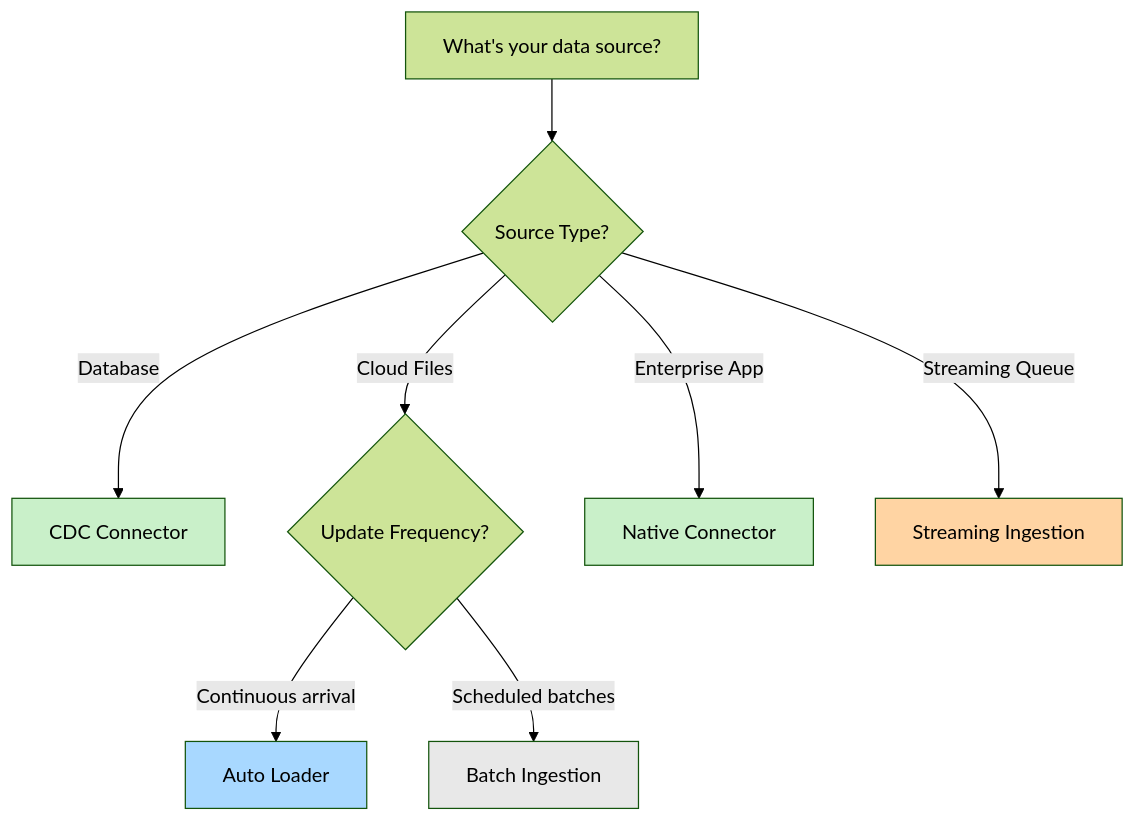
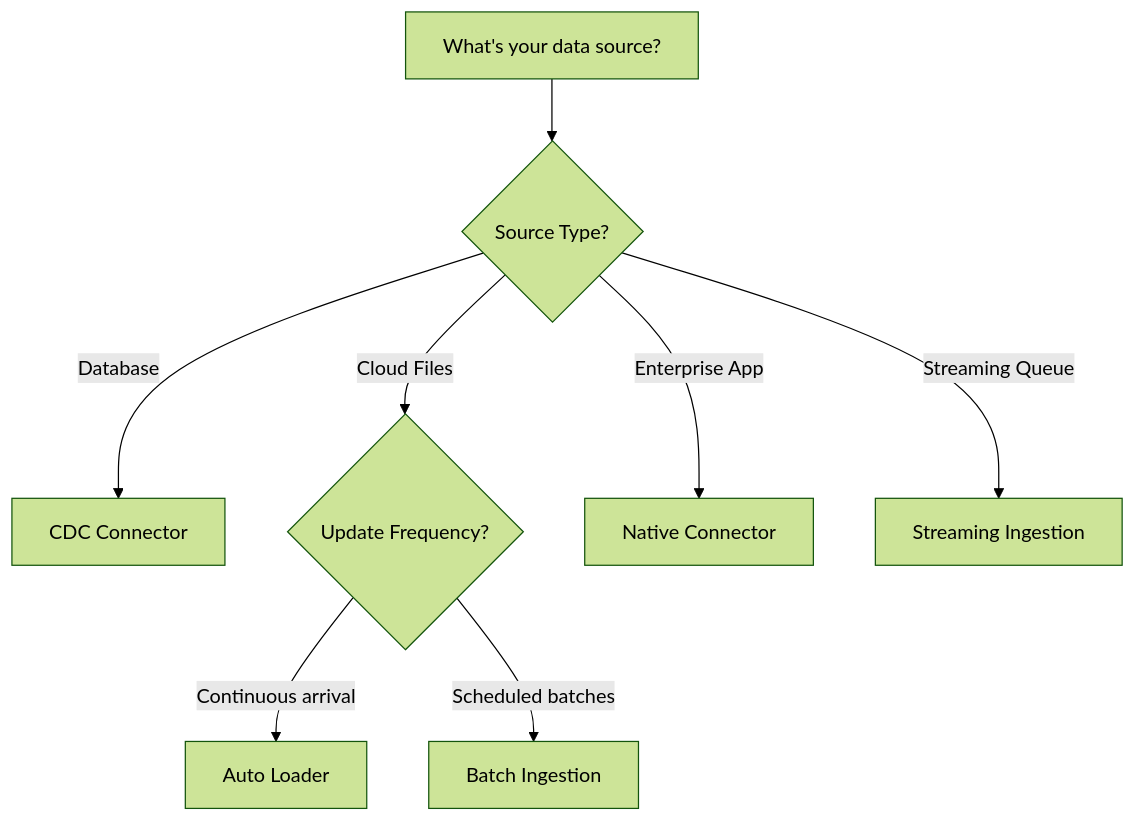
Before and after one commit to PlainsightPro/Vision-Playbook: the second of 8 diagrams in Technical Guideline Ops/Databricks Best-Practices/Lakeflow ETL Guide.md, drawn with Mermaid (forest theme). The commit also changed other lines of this file and 40 other files, not shown here.

````diff
--- a/Technical Guideline Ops/Databricks Best-Practices/Lakeflow ETL Guide.md
+++ b/Technical Guideline Ops/Databricks Best-Practices/Lakeflow ETL Guide.md
@@ -45,19 +41,14 @@
 ```mermaid
 %%{init: { "flowchart": { "useMaxWidth": true } } }%%
 flowchart TD
     A[What's your data source?] --> B{Source Type?}
     
     B -->|Database| C[CDC Connector]
     B -->|Cloud Files| D{Update Frequency?}
     B -->|Enterprise App| E[Native Connector]
     B -->|Streaming Queue| F[Streaming Ingestion]
     
     D -->|Continuous arrival| G[Auto Loader]
     D -->|Scheduled batches| H[Batch Ingestion]
-    
-    style C fill:#c9f0c9
-    style E fill:#c9f0c9
-    style F fill:#ffd4a3
-    style G fill:#a8d8ff
-    style H fill:#e8e8e8
+
 ```
````
